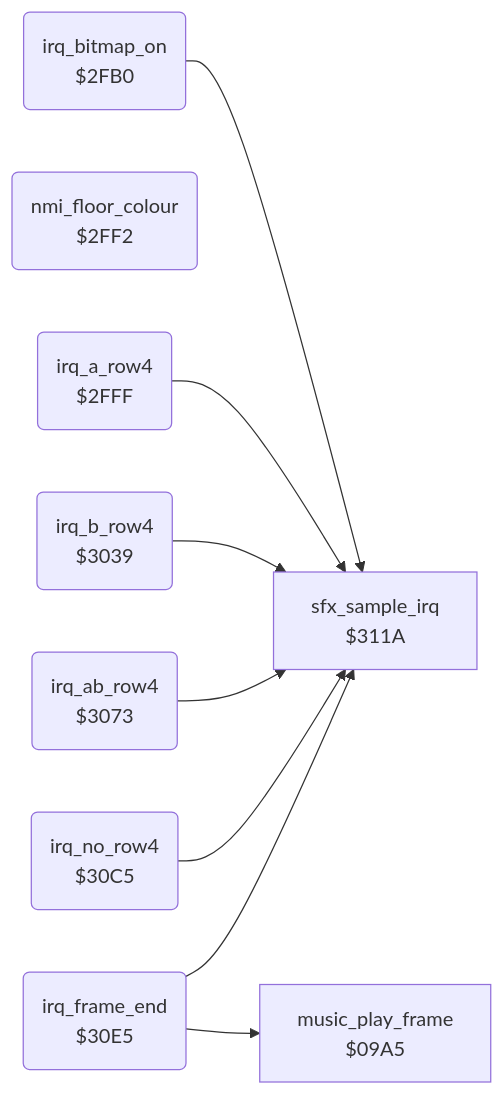
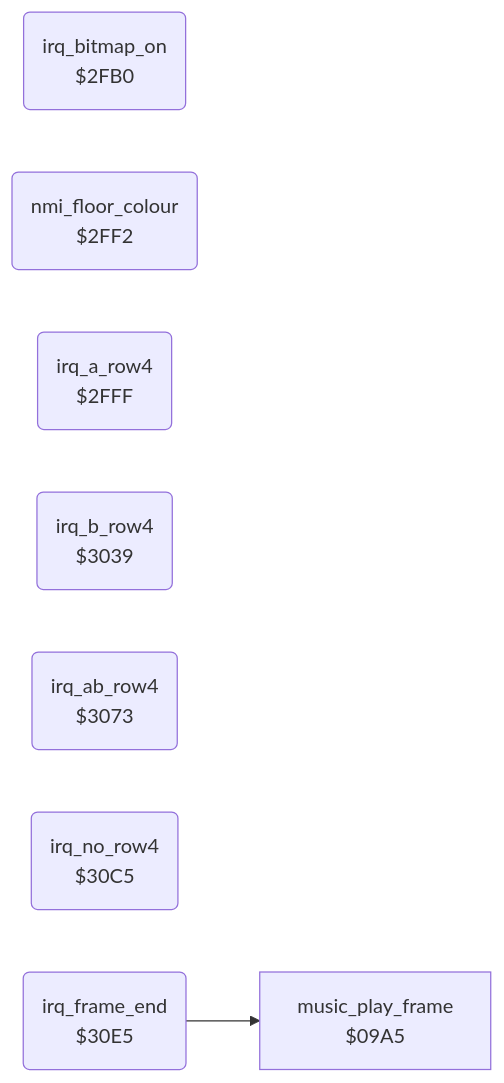
One commit to henols/c64_games changed the diagram in exploding_fist/v2/docs/reference/modules/irq/irq_screen_split.md. Above: the diagram before and after it, drawn with Mermaid. The commit also changed other lines of this file and 319 other files, not shown here.

````diff
--- a/exploding_fist/v2/docs/reference/modules/irq/irq_screen_split.md
+++ b/exploding_fist/v2/docs/reference/modules/irq/irq_screen_split.md
@@ -10,19 +22,12 @@
 ```mermaid
 flowchart LR
   n09a5["music_play_frame<br/>$09A5"]
   n2fb0("irq_bitmap_on<br/>$2FB0")
   n2ff2("nmi_floor_colour<br/>$2FF2")
   n2fff("irq_a_row4<br/>$2FFF")
   n3039("irq_b_row4<br/>$3039")
   n3073("irq_ab_row4<br/>$3073")
   n30c5("irq_no_row4<br/>$30C5")
   n30e5("irq_frame_end<br/>$30E5")
-  n311a["sfx_sample_irq<br/>$311A"]
-  n2fb0 --> n311a
-  n2fff --> n311a
-  n3039 --> n311a
-  n3073 --> n311a
-  n30c5 --> n311a
   n30e5 --> n09a5
-  n30e5 --> n311a
 ```
````
